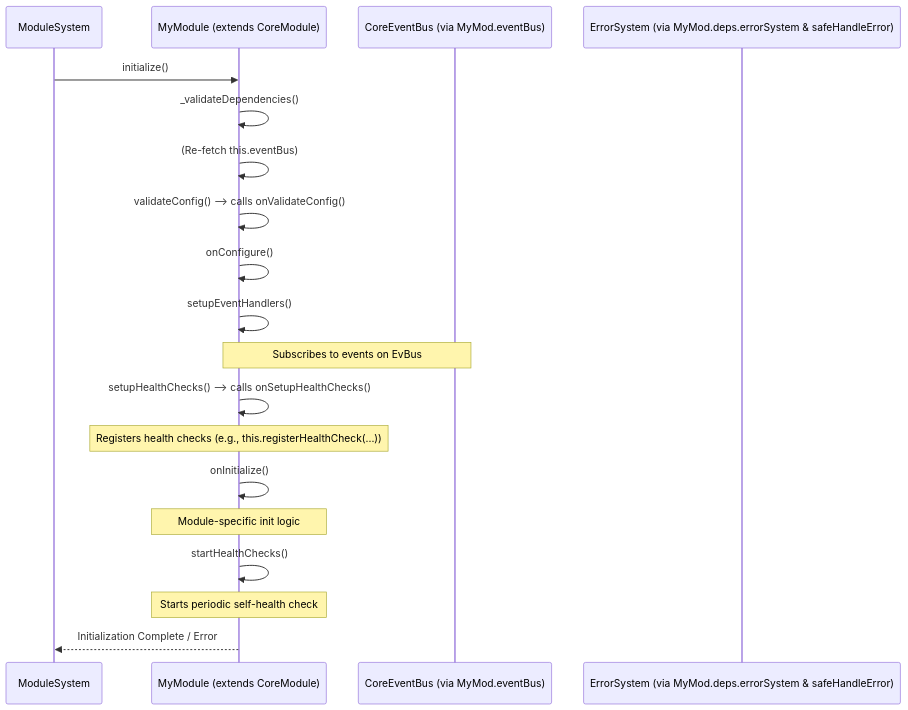
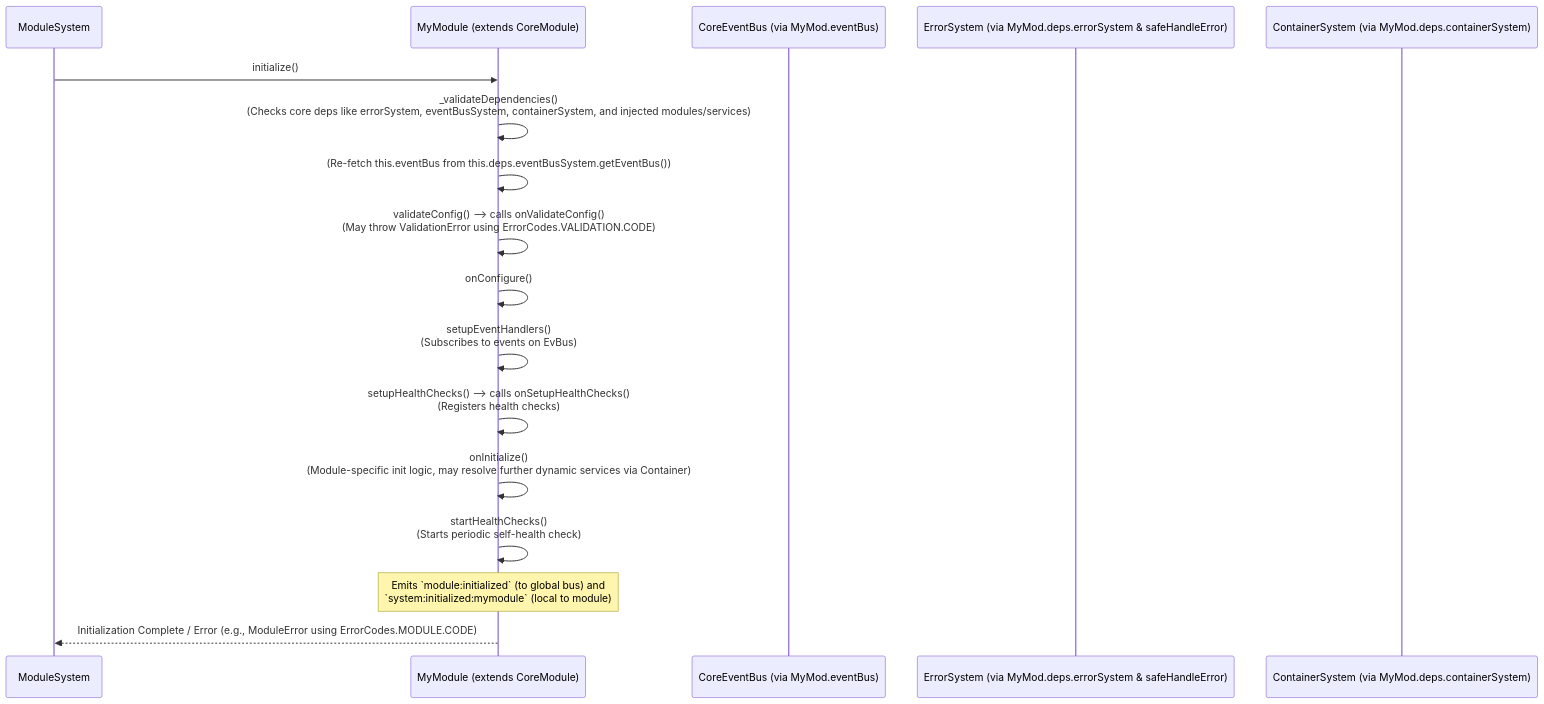
The second of 2 diagrams in src/core/module/module-system.md (Michael-Severo/core), drawn with Mermaid before and after one commit. The commit also changed other lines of this file and 31 other files, not shown here.

First line of the commit message:
Core v2.1.0 This commit implements a comprehensive refactoring of the core TSMIS systems, focusing on error handling, dependency injection, and dynamic routing capabilities.

````diff
--- a/src/core/module/module-system.md
+++ b/src/core/module/module-system.md
@@ -281,22 +259,20 @@
 ```mermaid
 sequenceDiagram
     participant ModSys as ModuleSystem
     participant MyMod as MyModule (extends CoreModule)
     participant EvBus as CoreEventBus (via MyMod.eventBus)
     participant ErrSys as ErrorSystem (via MyMod.deps.errorSystem & safeHandleError)
+    participant Container as ContainerSystem (via MyMod.deps.containerSystem)
 
     ModSys->>MyMod: initialize()
-    MyMod->>MyMod: _validateDependencies()
-    MyMod->>MyMod: (Re-fetch this.eventBus)
-    MyMod->>MyMod: validateConfig() --> calls onValidateConfig()
+    MyMod->>MyMod: _validateDependencies()<br>(Checks core deps like errorSystem, eventBusSystem, containerSystem, and injected modules/services)
+    MyMod->>MyMod: (Re-fetch this.eventBus from this.deps.eventBusSystem.getEventBus())
+    MyMod->>MyMod: validateConfig() --> calls onValidateConfig()<br>(May throw ValidationError using ErrorCodes.VALIDATION.CODE)
     MyMod->>MyMod: onConfigure()
-    MyMod->>MyMod: setupEventHandlers()
-        Note over MyMod,EvBus: Subscribes to events on EvBus
-    MyMod->>MyMod: setupHealthChecks() --> calls onSetupHealthChecks()
-        Note over MyMod: Registers health checks (e.g., this.registerHealthCheck(...))
-    MyMod->>MyMod: onInitialize()
-        Note over MyMod: Module-specific init logic
-    MyMod->>MyMod: startHealthChecks()
-        Note over MyMod: Starts periodic self-health check
-    MyMod-->>ModSys: Initialization Complete / Error
+    MyMod->>MyMod: setupEventHandlers()<br>(Subscribes to events on EvBus)
+    MyMod->>MyMod: setupHealthChecks() --> calls onSetupHealthChecks()<br>(Registers health checks)
+    MyMod->>MyMod: onInitialize()<br>(Module-specific init logic, may resolve further dynamic services via Container)
+    MyMod->>MyMod: startHealthChecks()<br>(Starts periodic self-health check)
+    Note over MyMod: Emits `module:initialized` (to global bus) and <br/>`system:initialized:mymodule` (local to module)
+    MyMod-->>ModSys: Initialization Complete / Error (e.g., ModuleError using ErrorCodes.MODULE.CODE)
 ```
````
